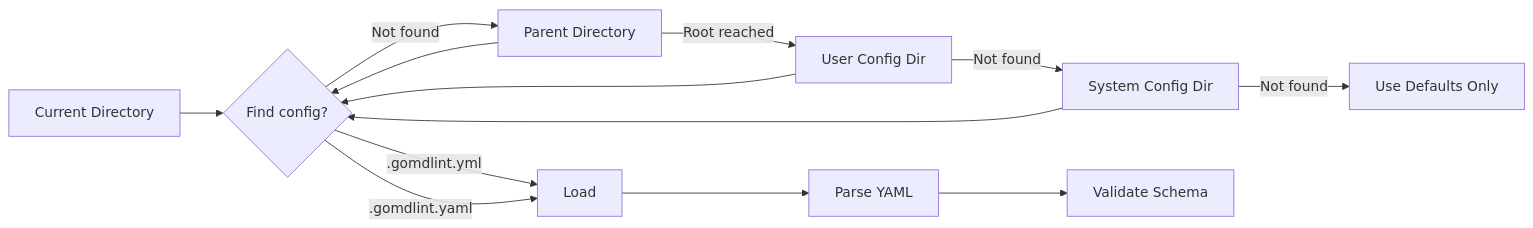
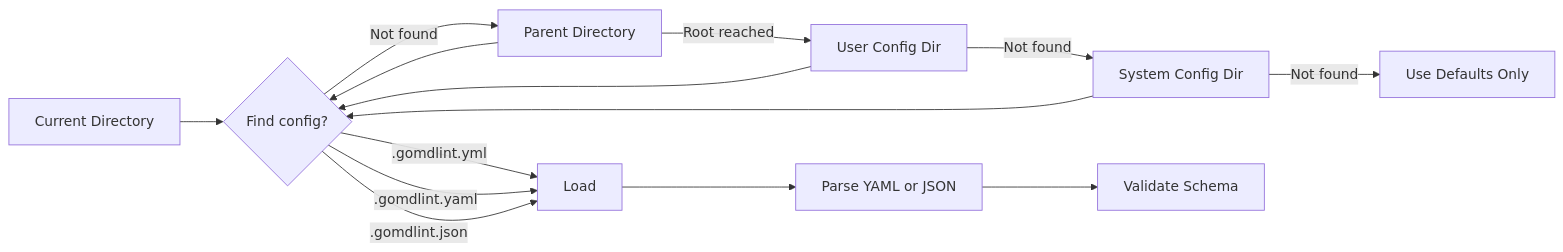
Before and after one commit to yaklabco/gomdlint: diagram 11 of 11 in docs/ARCHITECTURE.md, drawn with Mermaid. The commit also changed other lines of this file and 54 other files, not shown here.

````diff
--- a/docs/ARCHITECTURE.md
+++ b/docs/ARCHITECTURE.md
@@ -489,15 +489,16 @@
 ```mermaid
 flowchart LR
     cwd[Current Directory] --> search{Find config?}
     search -->|.gomdlint.yml| found[Load]
     search -->|.gomdlint.yaml| found
+    search -->|.gomdlint.json| found
     search -->|Not found| parent[Parent Directory]
     parent --> search
     parent -->|Root reached| userDir[User Config Dir]
     userDir --> search
     userDir -->|Not found| systemDir[System Config Dir]
     systemDir --> search
     systemDir -->|Not found| useDefaults[Use Defaults Only]
-    found --> parse[Parse YAML]
+    found --> parse[Parse YAML or JSON]
     parse --> validate[Validate Schema]
 ```
````
